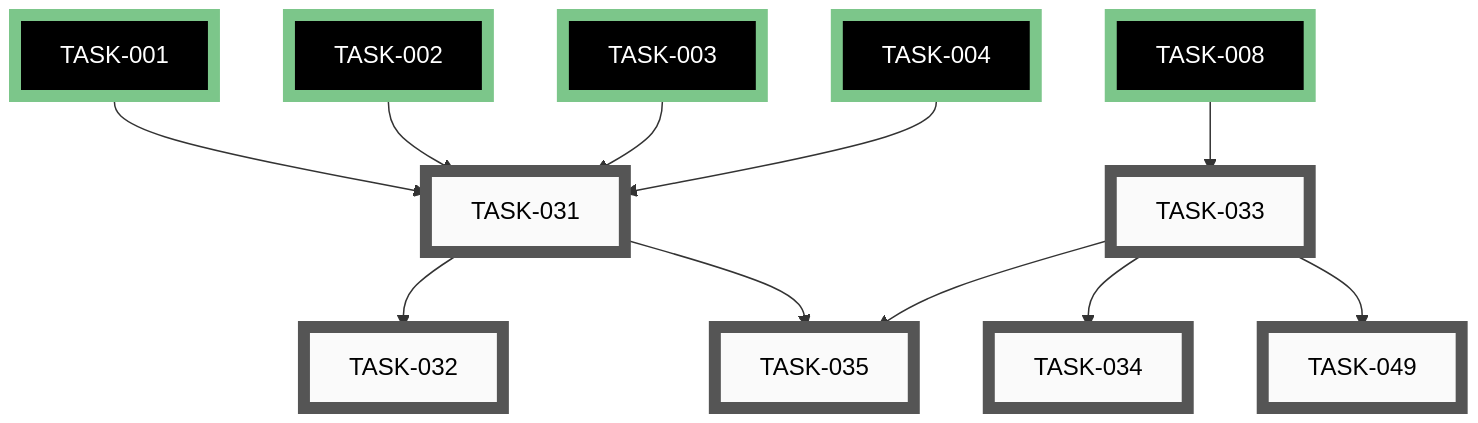
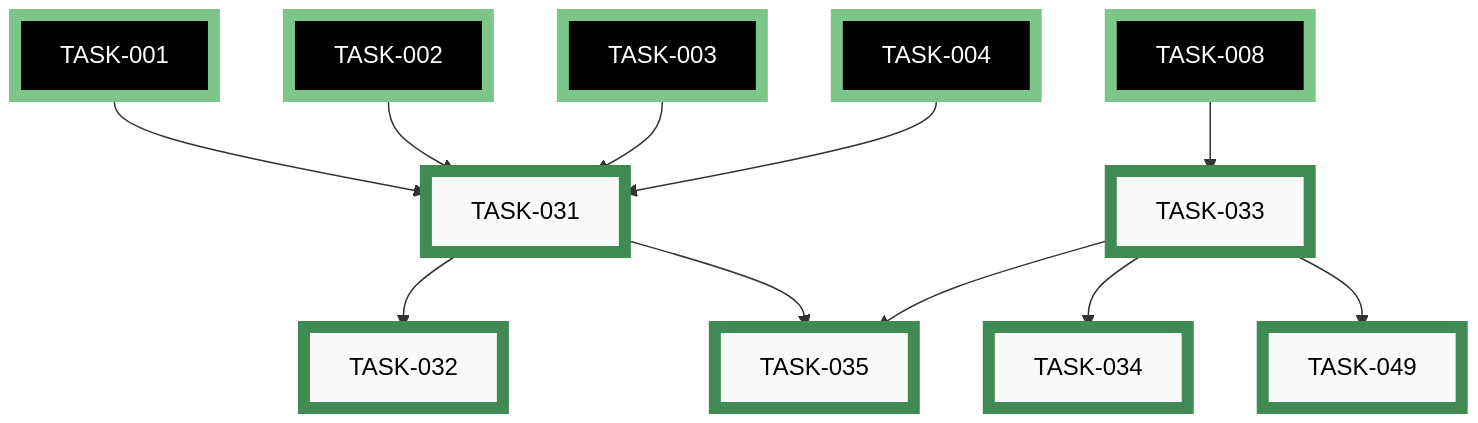
Before and after one commit to tgd1975/CircuitSmith: the fourth of 11 diagrams in docs/developers/tasks/EPICS.md, drawn with Mermaid. The commit also changed other lines of this file and 36 other files, not shown here.

First line of the commit message:
close EPIC-004: Circuit Skill — BOM and Netlist Exporters

````diff
--- a/docs/developers/tasks/EPICS.md
+++ b/docs/developers/tasks/EPICS.md
@@ -257,43 +257,43 @@
 ```mermaid
 graph TD
-    TASK_031["TASK-031"]:::open
-    TASK_032["TASK-032"]:::open
-    TASK_033["TASK-033"]:::open
-    TASK_034["TASK-034"]:::open
-    TASK_035["TASK-035"]:::open
-    TASK_049["TASK-049"]:::open
+    TASK_031["TASK-031"]:::closed
+    TASK_032["TASK-032"]:::closed
+    TASK_033["TASK-033"]:::closed
+    TASK_034["TASK-034"]:::closed
+    TASK_035["TASK-035"]:::closed
+    TASK_049["TASK-049"]:::closed
     TASK_001["TASK-001"]:::closedExt
     TASK_002["TASK-002"]:::closedExt
     TASK_003["TASK-003"]:::closedExt
     TASK_004["TASK-004"]:::closedExt
     TASK_008["TASK-008"]:::closedExt
     TASK_001 --> TASK_031
     TASK_002 --> TASK_031
     TASK_003 --> TASK_031
     TASK_004 --> TASK_031
     TASK_031 --> TASK_032
     TASK_008 --> TASK_033
     TASK_033 --> TASK_034
     TASK_031 --> TASK_035
     TASK_033 --> TASK_035
     TASK_033 --> TASK_049
-    click TASK_031 "open/task-031-implement-bom-exporter.md"
-    click TASK_032 "open/task-032-embed-bom-table-in-build-guide.md"
-    click TASK_033 "open/task-033-implement-netlist-exporter.md"
-    click TASK_034 "open/task-034-kicad-netlist-import-spot-check.md"
-    click TASK_035 "open/task-035-extend-ci-and-docs-for-exporters.md"
-    click TASK_049 "open/task-049-kicad-netlist-structural-test.md"
+    click TASK_031 "closed/task-031-implement-bom-exporter.md"
+    click TASK_032 "closed/task-032-embed-bom-table-in-build-guide.md"
+    click TASK_033 "closed/task-033-implement-netlist-exporter.md"
+    click TASK_034 "closed/task-034-kicad-netlist-import-spot-check.md"
+    click TASK_035 "closed/task-035-extend-ci-and-docs-for-exporters.md"
+    click TASK_049 "closed/task-049-kicad-netlist-structural-test.md"
     click TASK_001 "closed/task-001-extract-mcu-board-profiles.md"
     click TASK_002 "closed/task-002-write-passives-component-library.md"
     click TASK_003 "closed/task-003-write-connectors-component-library.md"
     click TASK_004 "closed/task-004-write-sensors-component-library.md"
     click TASK_008 "closed/task-008-implement-netgraph-data-model.md"
     classDef open    fill:#FAFAFA,stroke:#555,stroke-width:8px,color:#000
     classDef active  fill:#FAFAFA,stroke:#1A6FA8,stroke-width:8px,color:#000
     classDef closed  fill:#FAFAFA,stroke:#3F8B53,stroke-width:8px,color:#000
     classDef paused  fill:#FAFAFA,stroke:#B07810,stroke-width:8px,color:#000
     classDef openExt    fill:#000,stroke:#888,stroke-width:8px,color:#FFF
     classDef activeExt  fill:#000,stroke:#3FA9F5,stroke-width:8px,color:#FFF
     classDef closedExt  fill:#000,stroke:#7CC68A,stroke-width:8px,color:#FFF
     classDef pausedExt  fill:#000,stroke:#F0B030,stroke-width:8px,color:#FFF
 ```
````
